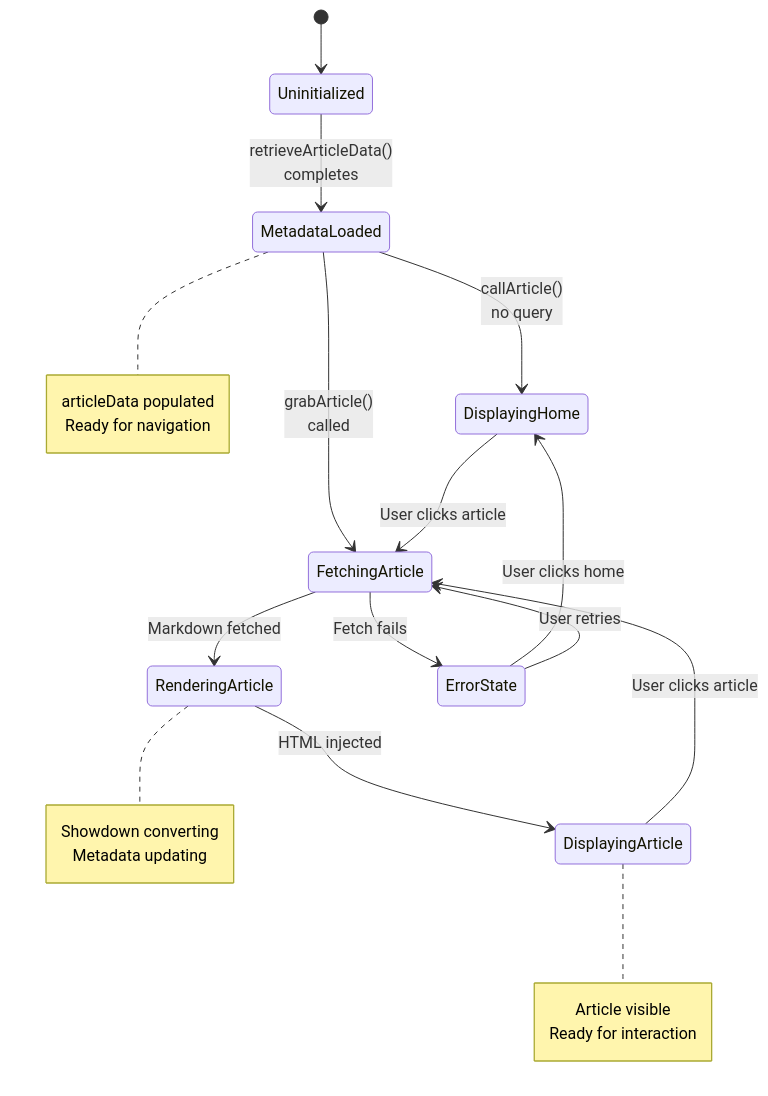
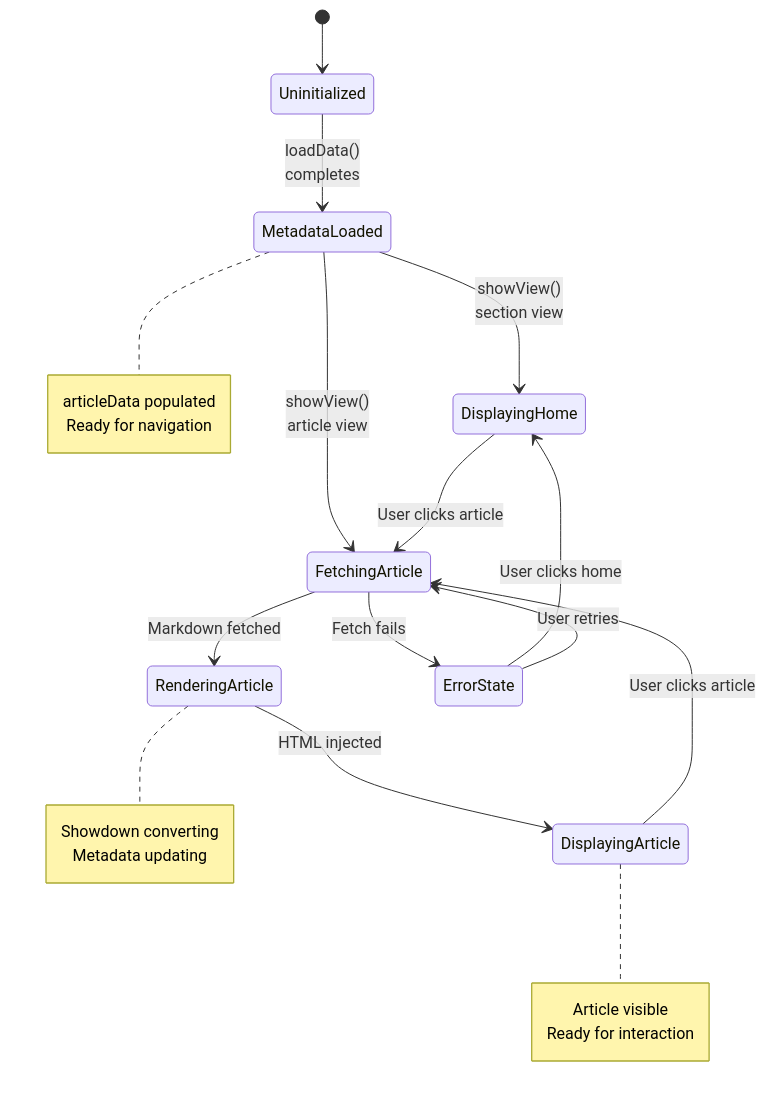
Before and after one commit to AlexJSully/Small-Dev-Talk: the fifth of 5 diagrams in docs/architecture/data-flow.md, drawn with Mermaid. The commit also changed other lines of this file and 9 other files, not shown here.

First line of the commit message:
Shrink ArticleFiller to three methods and fix query-string routing

````diff
--- a/docs/architecture/data-flow.md
+++ b/docs/architecture/data-flow.md
@@ -233,31 +233,31 @@
 ```mermaid
 stateDiagram-v2
     accTitle: ArticleFiller state transitions
-    accDescr: States move from Uninitialized to MetadataLoaded after retrieveArticleData(), then to DisplayingHome or FetchingArticle, then RenderingArticle and DisplayingArticle. A failed fetch enters ErrorState, with paths back to the homepage or a retry.
+    accDescr: States move from Uninitialized to MetadataLoaded after loadData(), then to DisplayingHome or FetchingArticle, then RenderingArticle and DisplayingArticle. A failed fetch enters ErrorState, with paths back to the homepage or a retry.
     [*] --> Uninitialized
-    Uninitialized --> MetadataLoaded: retrieveArticleData()<br/>completes
-    MetadataLoaded --> DisplayingHome: callArticle()<br/>no query
-    MetadataLoaded --> FetchingArticle: grabArticle()<br/>called
+    Uninitialized --> MetadataLoaded: loadData()<br/>completes
+    MetadataLoaded --> DisplayingHome: showView()<br/>section view
+    MetadataLoaded --> FetchingArticle: showView()<br/>article view
     FetchingArticle --> RenderingArticle: Markdown fetched
     RenderingArticle --> DisplayingArticle: HTML injected
     DisplayingArticle --> FetchingArticle: User clicks article
     DisplayingHome --> FetchingArticle: User clicks article
     FetchingArticle --> ErrorState: Fetch fails
     ErrorState --> DisplayingHome: User clicks home
     ErrorState --> FetchingArticle: User retries
 
     note right of MetadataLoaded
         articleData populated
         Ready for navigation
     end note
 
     note right of RenderingArticle
         Showdown converting
         Metadata updating
     end note
 
     note right of DisplayingArticle
         Article visible
         Ready for interaction
     end note
 ```
````
